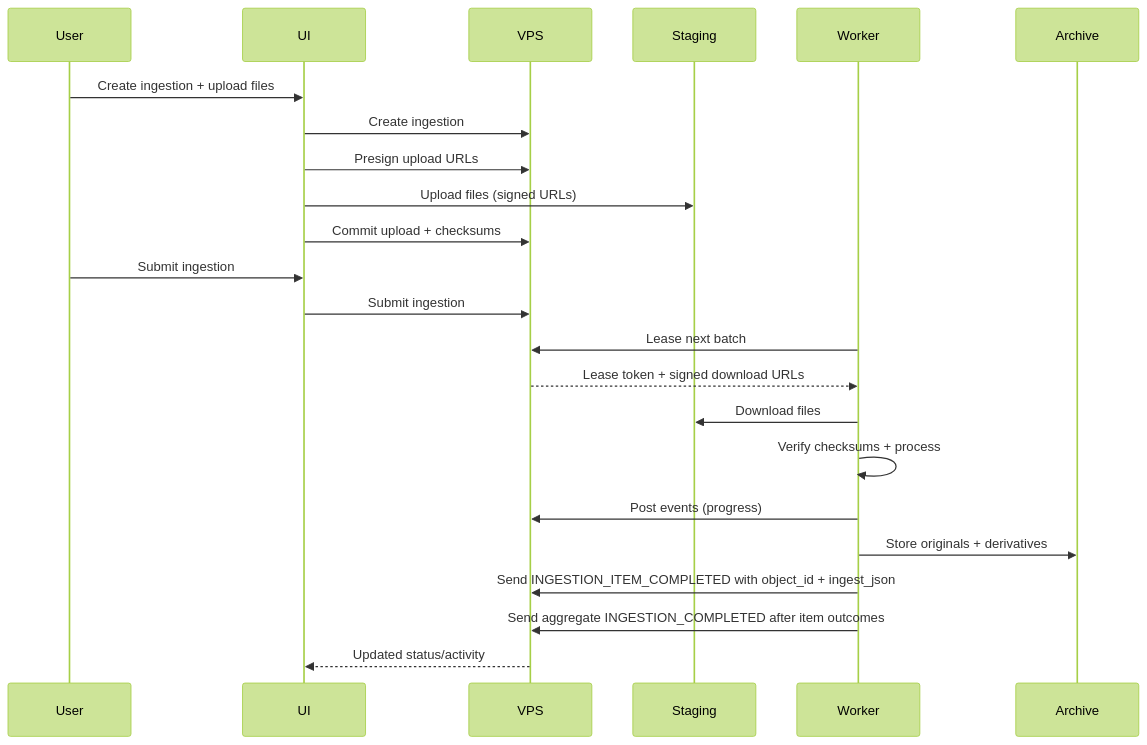
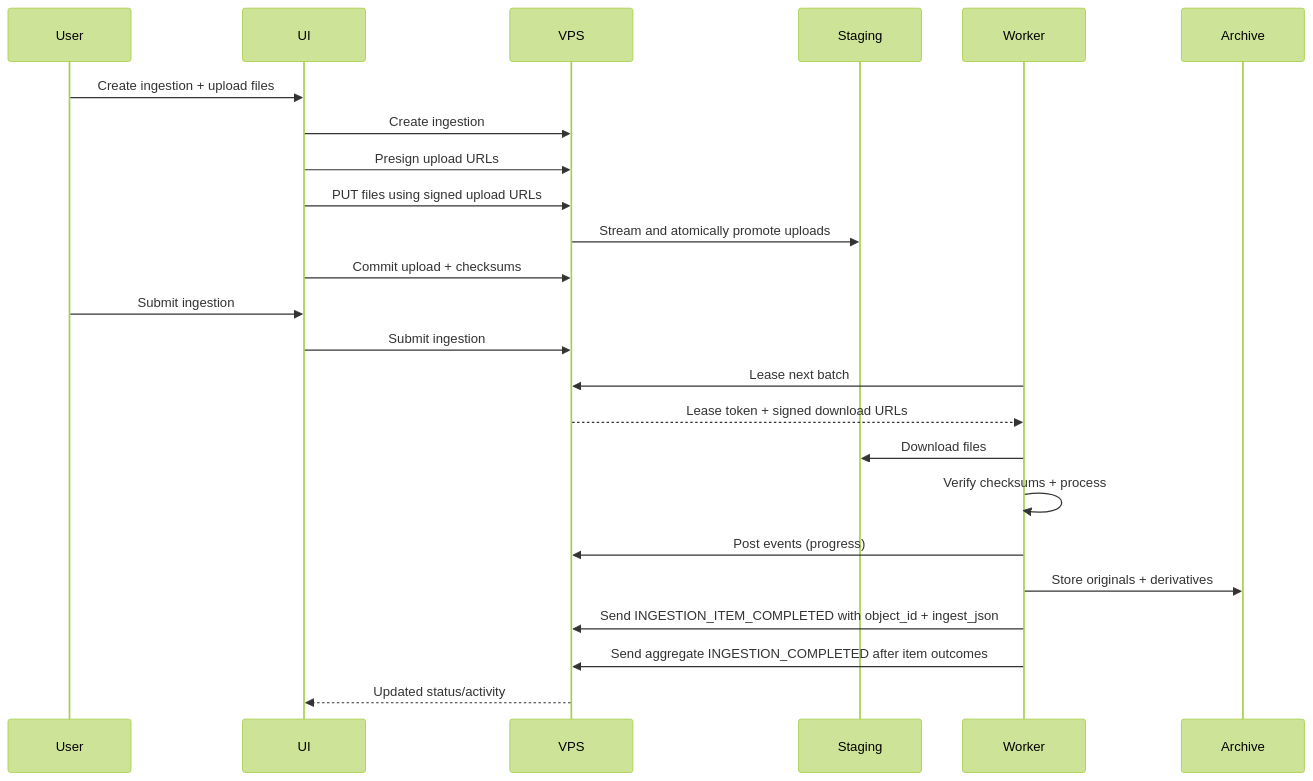
One commit to ilova-bazis/osimi-backend changed the diagram in docs/architecture.md. Above: the diagram before and after it, drawn with Mermaid (forest theme). The commit also changed other lines of this file and 53 other files, not shown here.

````diff
--- a/docs/architecture.md
+++ b/docs/architecture.md
@@ -64,27 +64,28 @@
 ```mermaid
 sequenceDiagram
   participant User
   participant UI
   participant VPS
   participant Staging
   participant Worker
   participant Archive
 
   User->>UI: Create ingestion + upload files
   UI->>VPS: Create ingestion
   UI->>VPS: Presign upload URLs
-  UI->>Staging: Upload files (signed URLs)
+  UI->>VPS: PUT files using signed upload URLs
+  VPS->>Staging: Stream and atomically promote uploads
   UI->>VPS: Commit upload + checksums
   User->>UI: Submit ingestion
   UI->>VPS: Submit ingestion
 
   Worker->>VPS: Lease next batch
   VPS-->>Worker: Lease token + signed download URLs
   Worker->>Staging: Download files
   Worker->>Worker: Verify checksums + process
   Worker->>VPS: Post events (progress)
   Worker->>Archive: Store originals + derivatives
   Worker->>VPS: Send INGESTION_ITEM_COMPLETED with object_id + ingest_json
   Worker->>VPS: Send aggregate INGESTION_COMPLETED after item outcomes
   VPS-->>UI: Updated status/activity
 ```
````
